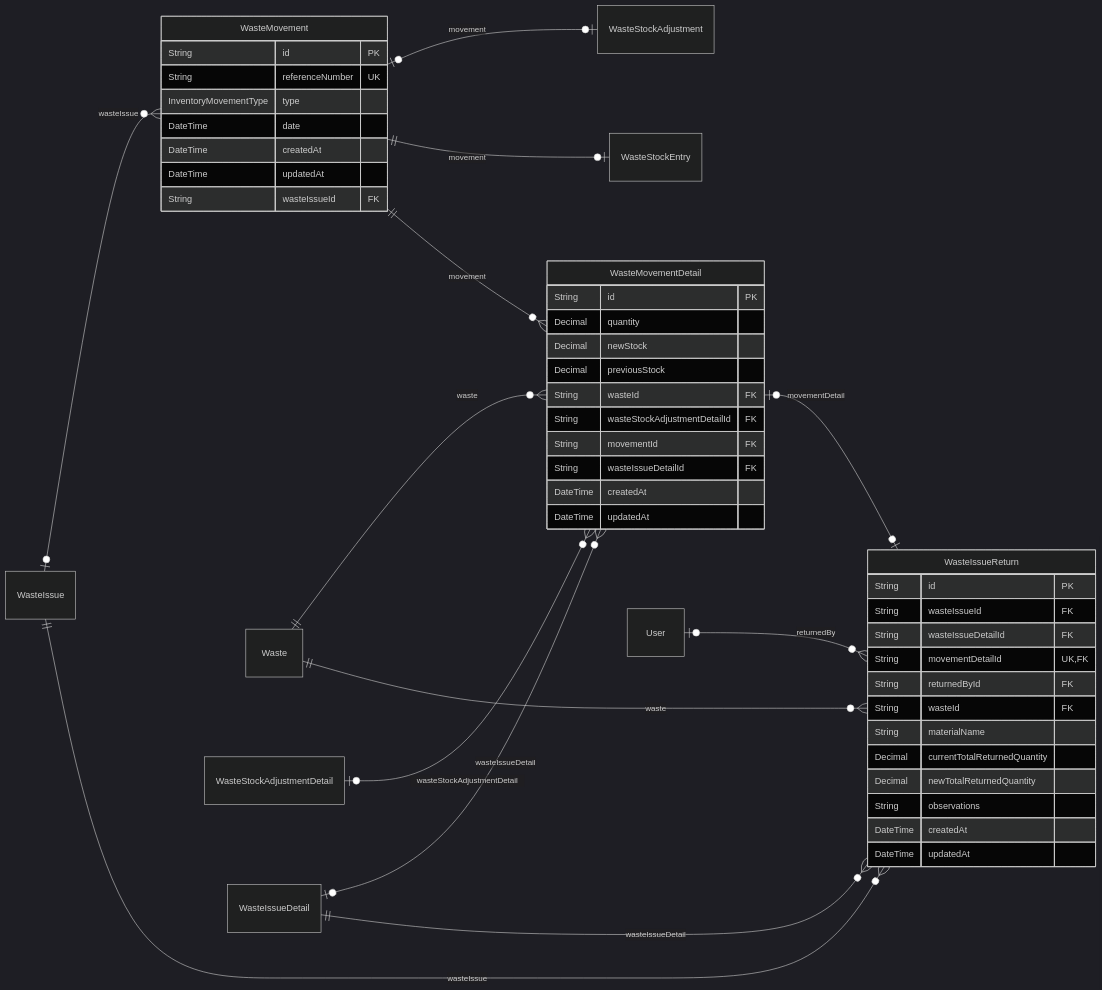
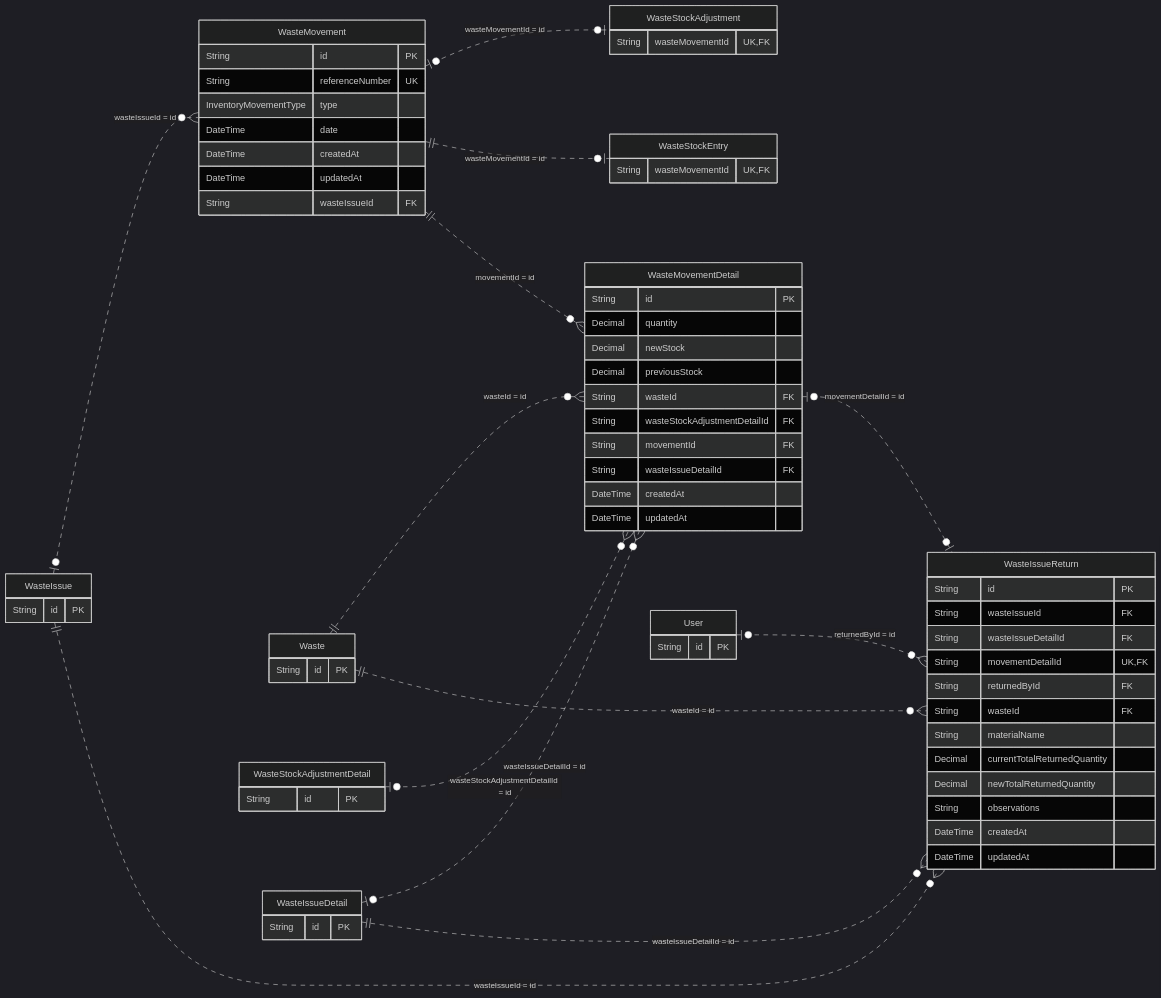
One commit to gpgsistemas01/nexus changed diagram 13 of 14 in docs/architecture/views/logical/data-and-persistence/generated/database-schema.md. Above: the diagram before and after it, drawn with Mermaid (dark theme). The commit also changed other lines of this file and 20 other files, not shown here.

Commit message:
docs: corregir relaciones ER y notación UML de diagramas

````diff
--- a/docs/architecture/views/logical/data-and-persistence/generated/database-schema.md
+++ b/docs/architecture/views/logical/data-and-persistence/generated/database-schema.md
@@ -607,51 +914,72 @@
 ```mermaid
 erDiagram
     direction LR
     WasteIssueReturn {
         String id PK
         String wasteIssueId FK
         String wasteIssueDetailId FK
         String movementDetailId UK,FK
         String returnedById FK
         String wasteId FK
         String materialName
         Decimal currentTotalReturnedQuantity
         Decimal newTotalReturnedQuantity
         String observations
         DateTime createdAt
         DateTime updatedAt
     }
     WasteMovement {
         String id PK
         String referenceNumber UK
         InventoryMovementType type
         DateTime date
         DateTime createdAt
         DateTime updatedAt
         String wasteIssueId FK
     }
     WasteMovementDetail {
         String id PK
         Decimal quantity
         Decimal newStock
         Decimal previousStock
         String wasteId FK
         String wasteStockAdjustmentDetailId FK
         String movementId FK
         String wasteIssueDetailId FK
         DateTime createdAt
         DateTime updatedAt
     }
-    WasteMovement o|--o| WasteStockAdjustment : "movement"
-    WasteIssue o|--o{ WasteMovement : "wasteIssue"
-    WasteMovement ||--o| WasteStockEntry : "movement"
-    Waste ||--o{ WasteMovementDetail : "waste"
-    WasteStockAdjustmentDetail o|--o{ WasteMovementDetail : "wasteStockAdjustmentDetail"
-    WasteMovement ||--o{ WasteMovementDetail : "movement"
-    WasteIssueDetail o|--o{ WasteMovementDetail : "wasteIssueDetail"
-    WasteIssue ||--o{ WasteIssueReturn : "wasteIssue"
-    WasteIssueDetail ||--o{ WasteIssueReturn : "wasteIssueDetail"
-    WasteMovementDetail o|--o| WasteIssueReturn : "movementDetail"
-    User o|--o{ WasteIssueReturn : "returnedBy"
-    Waste ||--o{ WasteIssueReturn : "waste"
+    WasteStockAdjustment {
+        String wasteMovementId UK,FK
+    }
+    WasteIssue {
+        String id PK
+    }
+    WasteStockEntry {
+        String wasteMovementId UK,FK
+    }
+    Waste {
+        String id PK
+    }
+    WasteStockAdjustmentDetail {
+        String id PK
+    }
+    WasteIssueDetail {
+        String id PK
+    }
+    User {
+        String id PK
+    }
+    WasteMovement o|..o| WasteStockAdjustment : "wasteMovementId = id"
+    WasteIssue o|..o{ WasteMovement : "wasteIssueId = id"
+    WasteMovement ||..o| WasteStockEntry : "wasteMovementId = id"
+    Waste ||..o{ WasteMovementDetail : "wasteId = id"
+    WasteStockAdjustmentDetail o|..o{ WasteMovementDetail : "wasteStockAdjustmentDetailId = id"
+    WasteMovement ||..o{ WasteMovementDetail : "movementId = id"
+    WasteIssueDetail o|..o{ WasteMovementDetail : "wasteIssueDetailId = id"
+    WasteIssue ||..o{ WasteIssueReturn : "wasteIssueId = id"
+    WasteIssueDetail ||..o{ WasteIssueReturn : "wasteIssueDetailId = id"
+    WasteMovementDetail o|..o| WasteIssueReturn : "movementDetailId = id"
+    User o|..o{ WasteIssueReturn : "returnedById = id"
+    Waste ||..o{ WasteIssueReturn : "wasteId = id"
 ```
````
